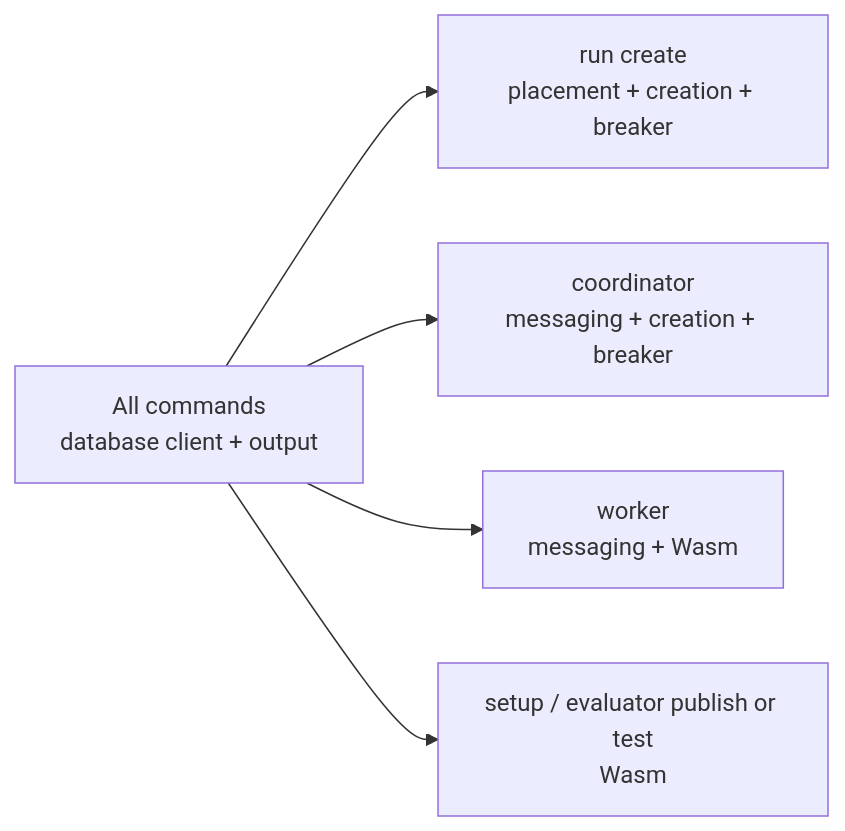
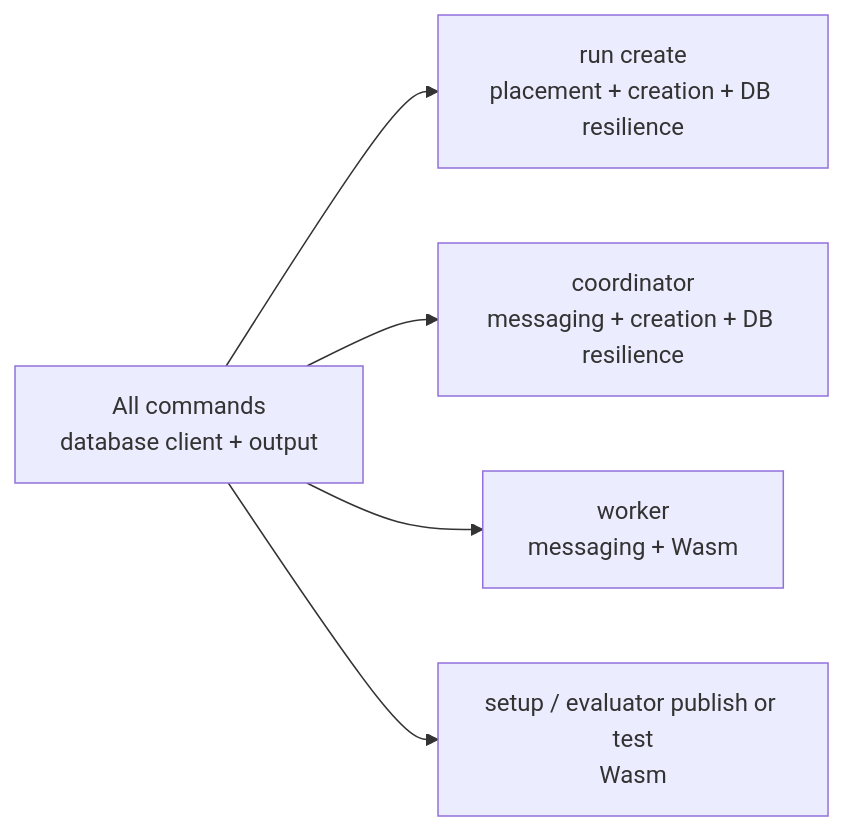
The first of 2 diagrams in web/docs/configuration/runtime-limits.mdx (gregl83/agent-vigilo), drawn with Mermaid before and after one commit. The commit also changed other lines of this file and 14 other files, not shown here.

````diff
--- a/web/docs/configuration/runtime-limits.mdx
+++ b/web/docs/configuration/runtime-limits.mdx
@@ -20,13 +20,13 @@
 ```mermaid
 flowchart LR
     root["All commands<br/>database client + output"]
-    create["run create<br/>placement + creation + breaker"]
-    coordinator["coordinator<br/>messaging + creation + breaker"]
+    create["run create<br/>placement + creation + DB resilience"]
+    coordinator["coordinator<br/>messaging + creation + DB resilience"]
     worker["worker<br/>messaging + Wasm"]
     evaluator["setup / evaluator publish or test<br/>Wasm"]
 
     root --> create
     root --> coordinator
     root --> worker
     root --> evaluator
 ```
````
